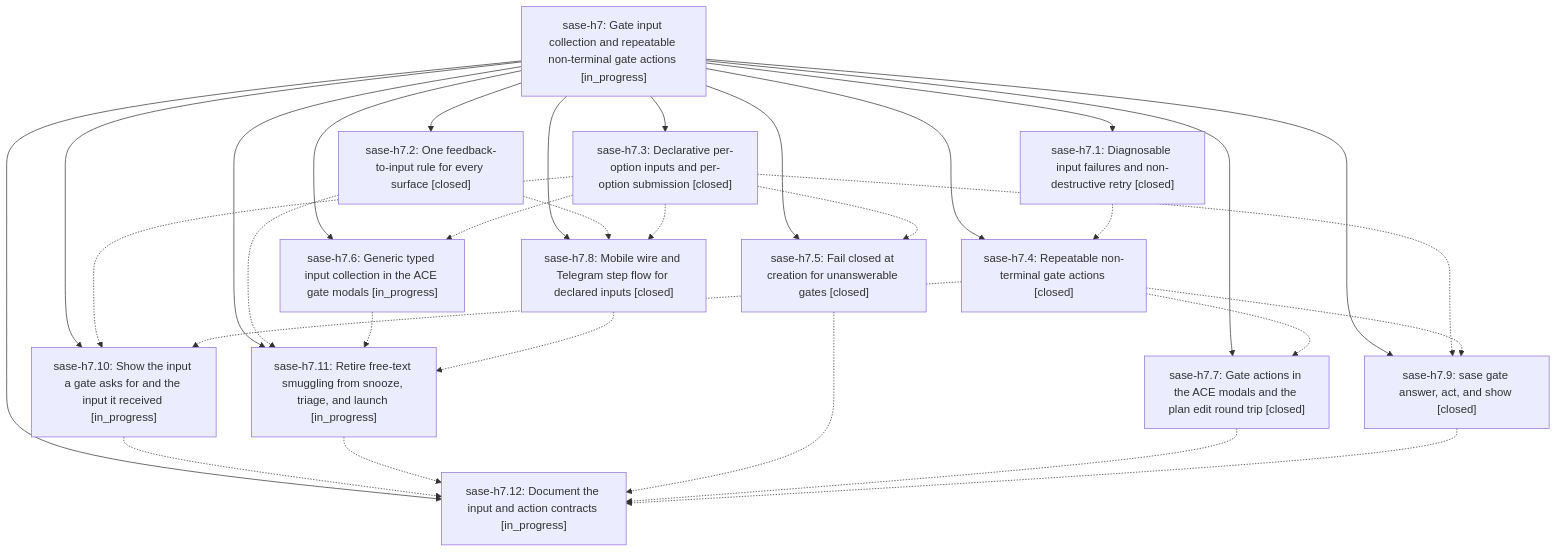
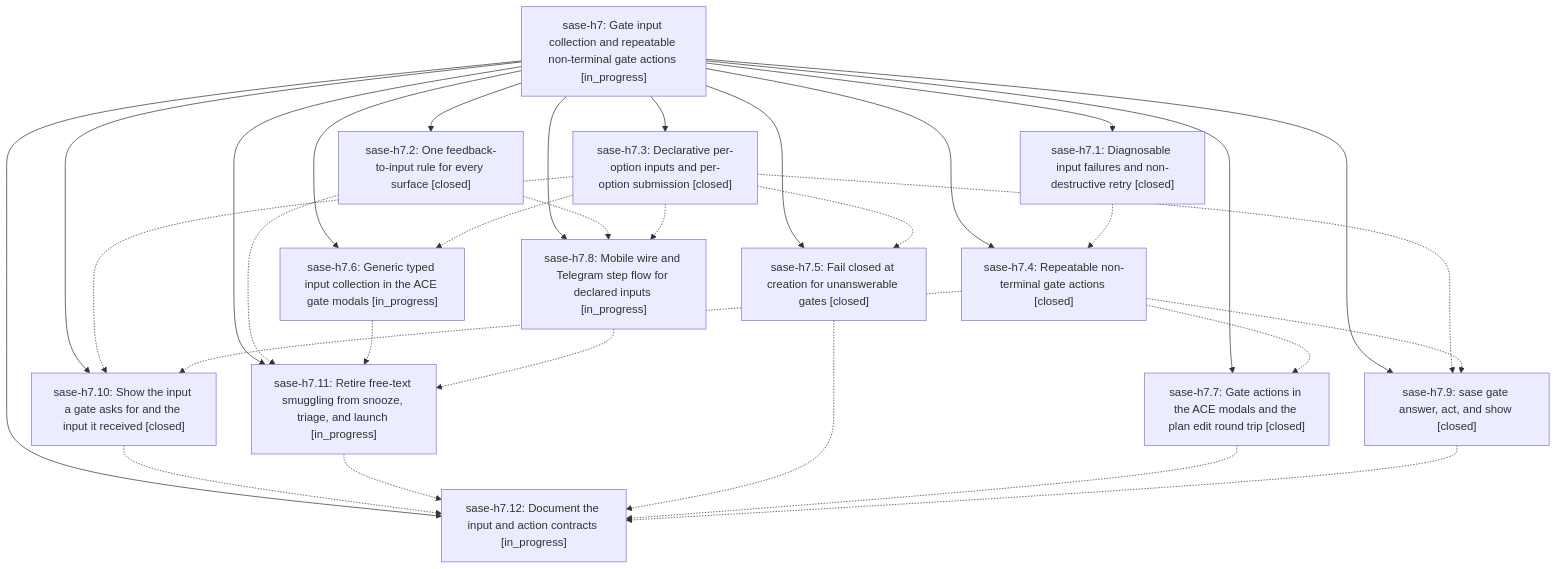
One commit to sase-org/sase--beads changed the diagram in pages/sase-h7/README.md. Above: the diagram before and after it, drawn with Mermaid. The commit also changed other lines of this file and 7 other files, not shown here.

````diff
--- a/pages/sase-h7/README.md
+++ b/pages/sase-h7/README.md
@@ -37,46 +56,46 @@
 ```mermaid
 flowchart TD
     n0["sase-h7: Gate input collection and repeatable non-terminal gate actions [in_progress]"]
     n1["sase-h7.1: Diagnosable input failures and non-destructive retry [closed]"]
-    n2["sase-h7.10: Show the input a gate asks for and the input it received [in_progress]"]
+    n2["sase-h7.10: Show the input a gate asks for and the input it received [closed]"]
     n3["sase-h7.11: Retire free-text smuggling from snooze, triage, and launch [in_progress]"]
     n4["sase-h7.12: Document the input and action contracts [in_progress]"]
     n5["sase-h7.2: One feedback-to-input rule for every surface [closed]"]
     n6["sase-h7.3: Declarative per-option inputs and per-option submission [closed]"]
     n7["sase-h7.4: Repeatable non-terminal gate actions [closed]"]
     n8["sase-h7.5: Fail closed at creation for unanswerable gates [closed]"]
     n9["sase-h7.6: Generic typed input collection in the ACE gate modals [in_progress]"]
     n10["sase-h7.7: Gate actions in the ACE modals and the plan edit round trip [closed]"]
-    n11["sase-h7.8: Mobile wire and Telegram step flow for declared inputs [closed]"]
+    n11["sase-h7.8: Mobile wire and Telegram step flow for declared inputs [in_progress]"]
     n12["sase-h7.9: sase gate answer, act, and show [closed]"]
     n0 --> n1
     n0 --> n2
     n0 --> n3
     n0 --> n4
     n0 --> n5
     n0 --> n6
     n0 --> n7
     n0 --> n8
     n0 --> n9
     n0 --> n10
     n0 --> n11
     n0 --> n12
     n1 -.-> n7
     n2 -.-> n4
     n3 -.-> n4
     n5 -.-> n3
     n5 -.-> n11
     n6 -.-> n2
     n6 -.-> n8
     n6 -.-> n9
     n6 -.-> n11
     n6 -.-> n12
     n7 -.-> n2
     n7 -.-> n10
     n7 -.-> n12
     n8 -.-> n4
     n9 -.-> n3
     n10 -.-> n4
     n11 -.-> n3
     n12 -.-> n4
 ```
````
